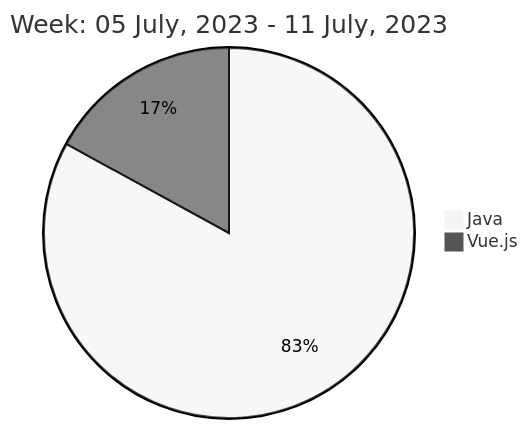
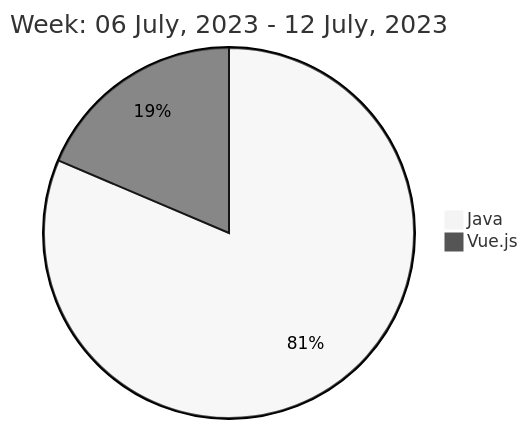
One commit to liubin95/liubin95 changed the diagram in README.md. Above: the diagram before and after it, drawn with Mermaid (neutral theme).

Commit message:
Updated the Graph with new Metrics

````diff
--- a/README.md
+++ b/README.md
@@ -40,6 +40,6 @@
 ```mermaid
  pie
-title Week: 05 July, 2023 - 11 July, 2023
- "Java" : 14.62
- "Vue.js" : 3.0
+title Week: 06 July, 2023 - 12 July, 2023
+ "Java" : 11.95
+ "Vue.js" : 2.73
 ```
````
